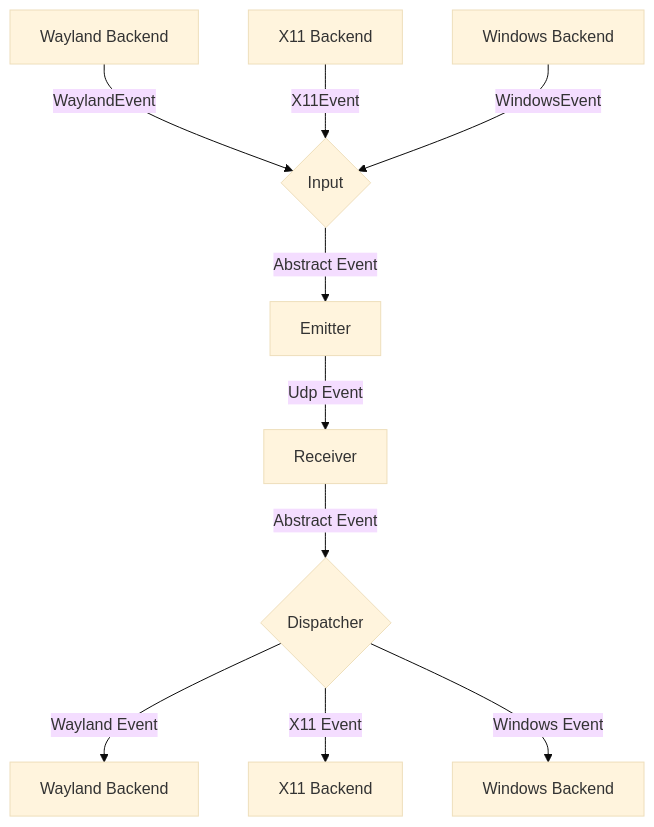
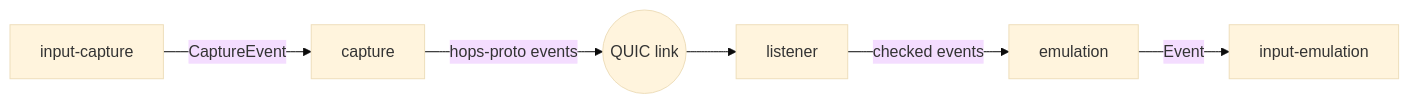
The diagram in DOC.md (jtjones09/grabbr-hops), drawn with Mermaid (base theme) before and after one commit. The commit also changed other lines of this file and 15 other files, not shown here.

````diff
--- a/DOC.md
+++ b/DOC.md
@@ -9,12 +5,8 @@
 ```mermaid
-graph TD
-    A[Wayland Backend] -->|WaylandEvent| D{Input}
-    B[X11 Backend] -->|X11Event| D{Input}
-    C[Windows Backend] -->|WindowsEvent| D{Input}
-    D -->|Abstract Event| E[Emitter]
-    E -->|Udp Event| F[Receiver]
-    F -->|Abstract Event| G{Dispatcher}
-    G -->|Wayland Event| H[Wayland Backend]
-    G -->|X11 Event| I[X11 Backend]
-    G -->|Windows Event| J[Windows Backend]
+graph LR
+    A[input-capture] -->|CaptureEvent| B[capture]
+    B -->|hops-proto events| C((QUIC link))
+    C --> D[listener]
+    D -->|checked events| E[emulation]
+    E -->|Event| F[input-emulation]
 ```
````
